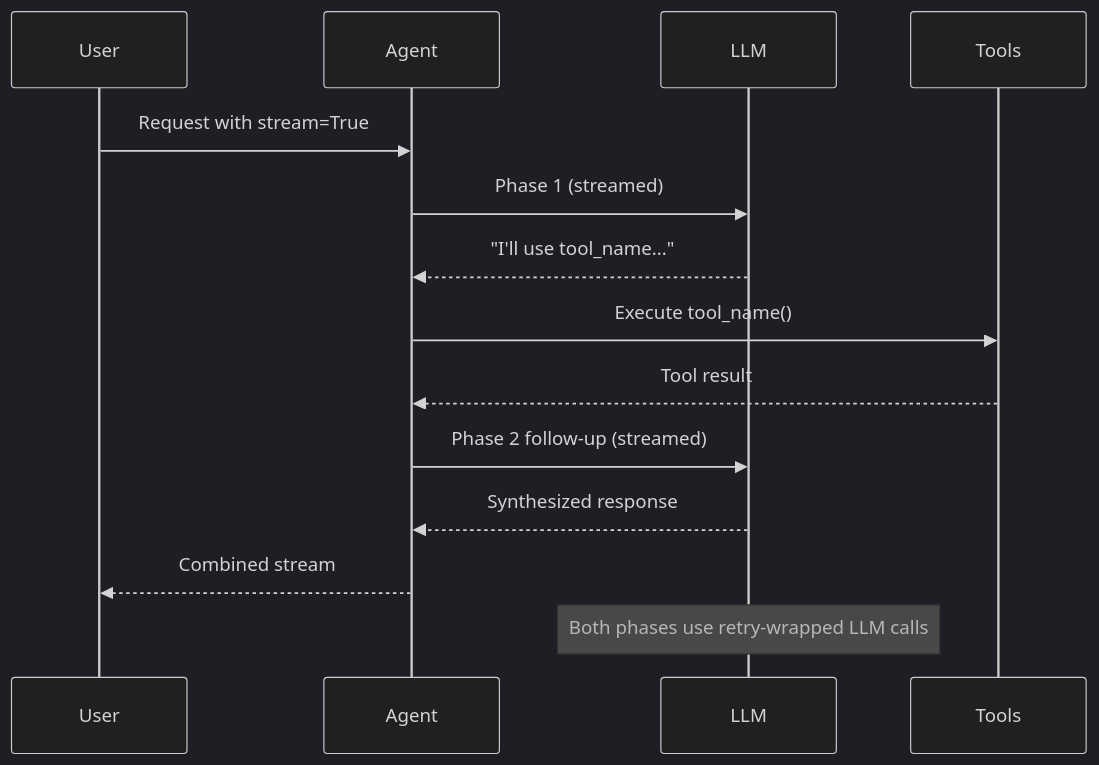
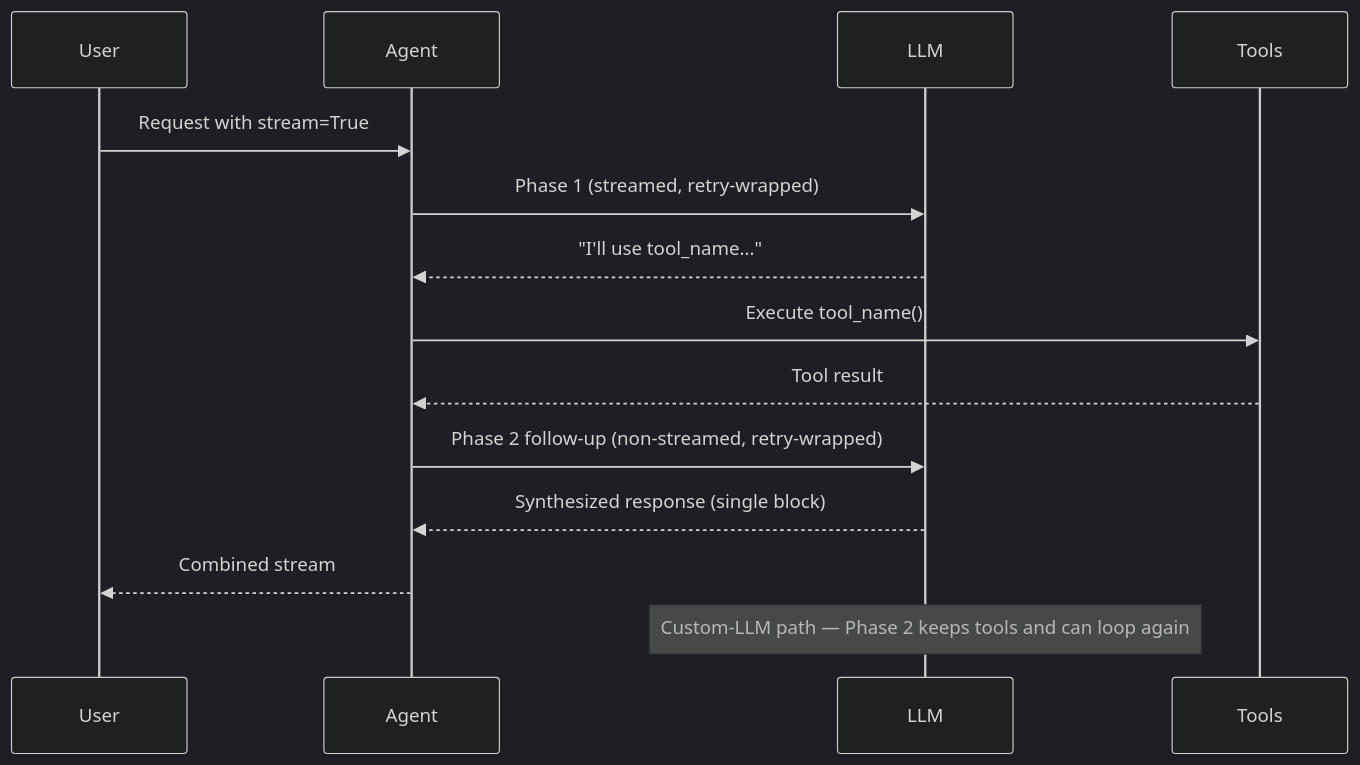
Before and after one commit to MervinPraison/PraisonAIDocs: the third of 6 diagrams in docs/features/streaming.mdx, drawn with Mermaid (dark theme). The commit also changed other lines of this file, not shown here.

First line of the commit message:
docs: reconcile "Streaming with Tools" with synced SDK (fixes #3319)

````diff
--- a/docs/features/streaming.mdx
+++ b/docs/features/streaming.mdx
@@ -207,18 +215,18 @@
 ```mermaid
 sequenceDiagram
     participant U as User
     participant A as Agent  
     participant L as LLM
     participant T as Tools
     
     U->>A: Request with stream=True
-    A->>L: Phase 1 (streamed)
+    A->>L: Phase 1 (streamed, retry-wrapped)
     L-->>A: "I'll use tool_name..."
     A->>T: Execute tool_name()
     T-->>A: Tool result
-    A->>L: Phase 2 follow-up (streamed) 
-    L-->>A: Synthesized response
+    A->>L: Phase 2 follow-up (non-streamed, retry-wrapped)
+    L-->>A: Synthesized response (single block)
     A-->>U: Combined stream
     
-    Note over L: Both phases use retry-wrapped LLM calls
+    Note over L: Custom-LLM path — Phase 2 keeps tools and can loop again
 ```
````
